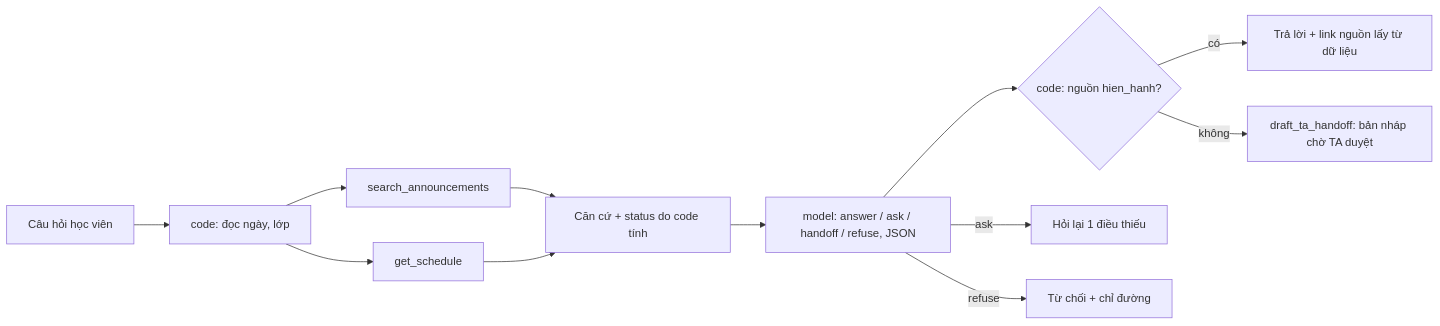
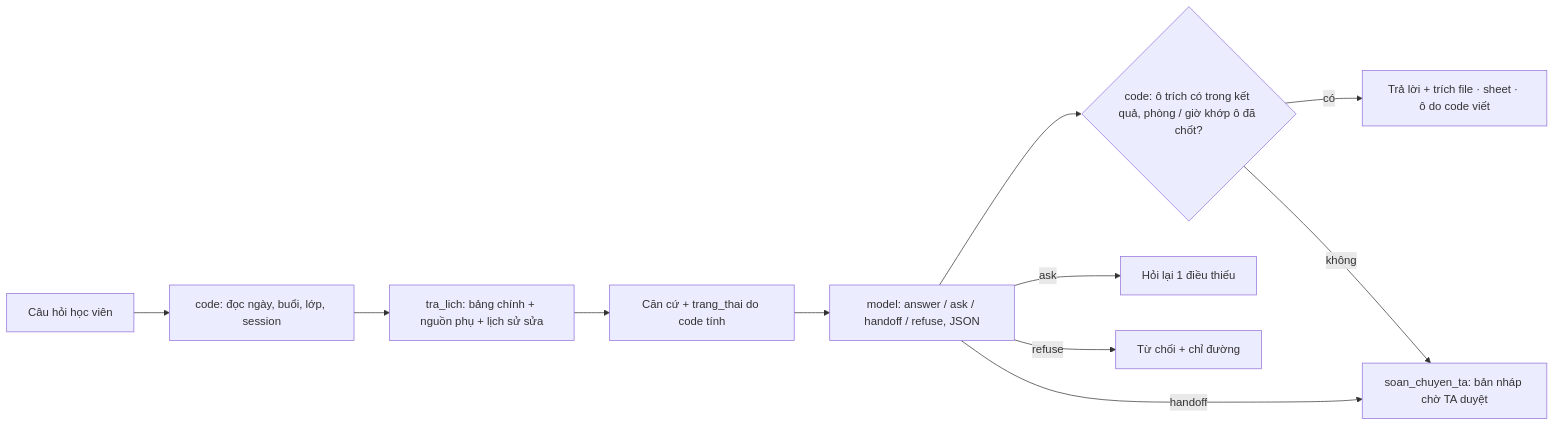
One commit to MaiVanThanhDev/K5-Day15-L3A-Space-Marine changed the diagram in spec.md. Above: the diagram before and after it, drawn with Mermaid. The commit also changed other lines of this file and 6 other files, not shown here.

First line of the commit message:
Bản chạy thử theo data lịch BTC: tra_lich, soan_chuyen_ta, chặn bằng code

````diff
--- a/spec.md
+++ b/spec.md
@@ -48,12 +48,13 @@
   ```mermaid
   flowchart LR
-    Q[Câu hỏi học viên] --> P[code: đọc ngày, lớp]
-    P --> S[search_announcements] & G[get_schedule]
-    S & G --> C[Căn cứ + status do code tính]
+    Q[Câu hỏi học viên] --> P[code: đọc ngày, buổi, lớp, session]
+    P --> T[tra_lich: bảng chính + nguồn phụ + lịch sử sửa]
+    T --> C[Căn cứ + trang_thai do code tính]
     C --> M[model: answer / ask / handoff / refuse, JSON]
-    M --> V{code: nguồn hien_hanh?}
-    V -- có --> A[Trả lời + link nguồn lấy từ dữ liệu]
-    V -- không --> H[draft_ta_handoff: bản nháp chờ TA duyệt]
+    M --> V{code: ô trích có trong kết quả, phòng / giờ khớp ô đã chốt?}
+    V -- có --> A[Trả lời + trích file · sheet · ô do code viết]
+    V -- không --> H[soan_chuyen_ta: bản nháp chờ TA duyệt]
+    M -- handoff --> H
     M -- ask --> K[Hỏi lại 1 điều thiếu]
     M -- refuse --> R[Từ chối + chỉ đường]
   ```
````
